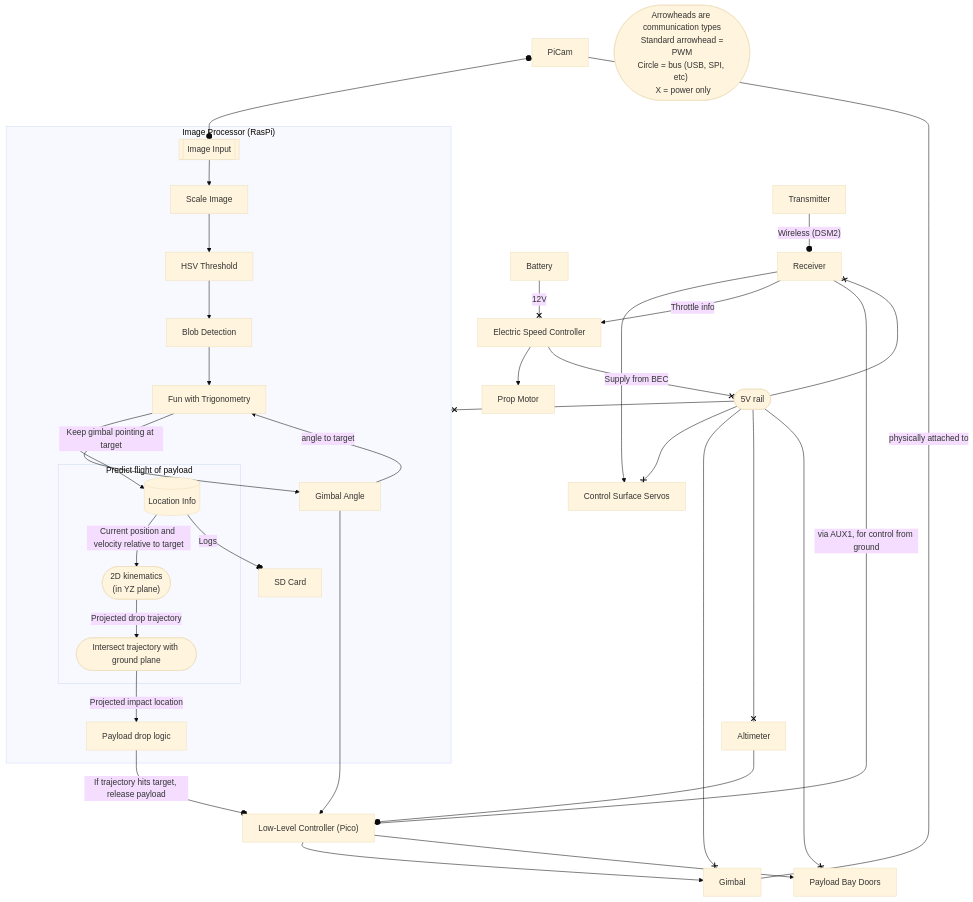
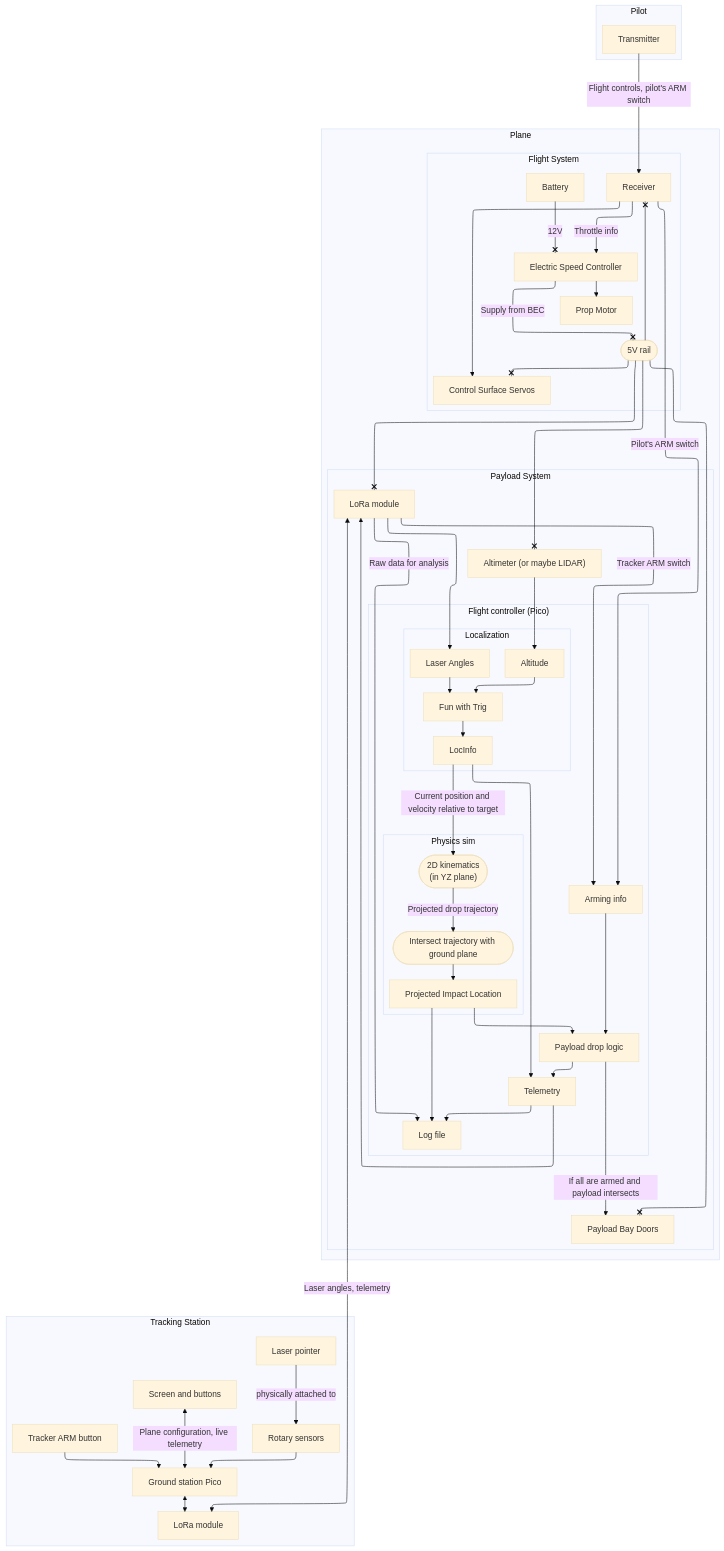
One commit to rivques/mishap-d changed the first of 2 diagrams in PLANNING.md. Above: the diagram before and after it, drawn with Mermaid (base theme). The commit also changed other lines of this file, not shown here.

Commit message:
Switch from using vision to using lasers for localization

````diff
--- a/PLANNING.md
+++ b/PLANNING.md
@@ -17,57 +17,75 @@
 ```mermaid
+%%{init: {"flowchart": {"defaultRenderer": "elk"}} }%%
 flowchart TB
-    Transmitter
-    Receiver
-    Battery
-    ESC["Electric Speed Controller"]
-    PropMotor["Prop Motor"]
-    CSS["Control Surface Servos"]
-    Pico["Low-Level Controller (Pico)"]
-    Gimbal
-    PiCam
-    Altimeter
-    PayloadBayDoor["Payload Bay Doors"]
-    FiveVolts(["5V rail"])
-    subgraph RasPi["Image Processor (RasPi)"]
-        SDCard["SD Card"]
-        ImageInput[["Image Input"]]
-        --> ScaleImage["Scale Image"]
-        --> HSVThreshold["HSV Threshold"]
-        --> BlobDetection["Blob Detection"]
-        --> FunWithTrig["Fun with Trigonometry"]
-        --> LocInfo[("Location Info")]
-        subgraph PhysicsPrediction["Predict flight of payload"]
-            Kinematics(["2D kinematics\n(in YZ plane)"])
-            IntersectWithGround(["Intersect trajectory with ground plane"])
-            LocInfo --> |"Current position and velocity relative to target"| Kinematics
-            --> |"Projected drop trajectory"| IntersectWithGround
+    subgraph Pilot
+        Transmitter
         end
-        IntersectWithGround --> |"Projected impact location"| PayloadDropLogic["Payload drop logic"]
-        FunWithTrig --> |"Keep gimbal pointing at target"| GimbalAngle["Gimbal Angle"]
-        GimbalAngle --> |"angle to target"| FunWithTrig
+    subgraph Plane["Plane"]
+        subgraph FlightSystem["Flight System"]
+        Receiver
+        Battery
+        ESC["Electric Speed Controller"]
+        PropMotor["Prop Motor"]
+        CSS["Control Surface Servos"]
+        FiveVolts(["5V rail"])
+        end
+        subgraph PayloadSystem["Payload System"]
+        Altimeter["Altimeter (or maybe LIDAR)"]
+        PayloadBayDoor["Payload Bay Doors"]
+        PLoRa["LoRa module"]
+        subgraph Pico["Flight controller (Pico)"]
+            Telemetry
+            --> SDCard["Log file"]
+            
+            ArmingInfo["Arming info"]
+            
+            subgraph Localization
+                Altitude
+                LaserAngles["Laser Angles"]
+                --> FunWithTrig["Fun with Trig"]
+                Altitude --> FunWithTrig --> LocInfo
+                end
+            subgraph PhysicsPrediction["Physics sim"]
+                Kinematics(["2D kinematics\n(in YZ plane)"])
+                IntersectWithGround(["Intersect trajectory with ground plane"])
+                LocInfo --> |"Current position and velocity relative to target"| Kinematics
+                --> |"Projected drop trajectory"| IntersectWithGround
+                --> ProjectedImpactLocation["Projected Impact Location"]
+            end
+        ProjectedImpactLocation --> SDCard
+        ProjectedImpactLocation --> PayloadDropLogic["Payload drop logic"]
+        --> Telemetry
+        ArmingInfo --> PayloadDropLogic
+        end
+    PLoRa --> |"Raw data for analysis"| SDCard
+    Telemetry --> PLoRa
+    PLoRa --> |"Tracker ARM switch"| ArmingInfo
     end
-    GimbalAngle --> Pico
-    LocInfo --o |"Logs"| SDCard
-    PayloadDropLogic --o |"If trajectory hits target, release payload"| Pico
-    Altimeter --o Pico
-    Transmitter --o |"Wireless (DSM2)"|Receiver
+    end
+    subgraph GroundStation["Tracking Station"]
+      GSLoRa["LoRa module"]
+      LaserPointer["Laser pointer"] --> |physically attached to| Encoders["Rotary sensors"]
+      --> GSPico["Ground station Pico"]
+      UI["Screen and buttons"] <--> |"Plane configuration, live telemetry"| GSPico
+      TGButton["Tracker ARM button"] --> GSPico
+      end
+    PLoRa <--> |"Laser angles, telemetry"| GSLoRa
+    GSPico <--> GSLoRa
+    LocInfo --> Telemetry
+    Altimeter --> Altitude
+    Transmitter --> |"Flight controls, pilot's ARM switch"|Receiver
     ESC --> PropMotor
     Battery --x |12V| ESC
     ESC --x |Supply from BEC| FiveVolts
     Receiver --> CSS
     Receiver --> |Throttle info| ESC
-    FiveVolts --x RasPi
     FiveVolts --x CSS
-    FiveVolts --x Gimbal
     FiveVolts --x Receiver
     FiveVolts --x Altimeter
     FiveVolts --x PayloadBayDoor
-    PiCam o--o ImageInput
-    Receiver --> |via AUX1, for control from ground| Pico
-    PiCam --- |physically attached to| Gimbal
-    Pico --> Gimbal
-    Pico --> PayloadBayDoor
-    %% invisible links to pull the flowchart to be a bit more meaningful
-    FunWithTrig ~~~ Pico
-    Explanation(["Arrowheads are communication types\n Standard arrowhead = PWM\nCircle = bus (USB, SPI, etc) \n X = power only"])
+    FiveVolts --x PLoRa
+    PLoRa --> LaserAngles
+    Receiver --> |Pilot's ARM switch| ArmingInfo
+    PayloadDropLogic --> |If all are armed and payload intersects| PayloadBayDoor
+    %%Explanation(["Arrowheads are communication types\n Standard arrowhead = PWM\nCircle = bus (USB, SPI, etc) \n X = power only"])
 ```
````
